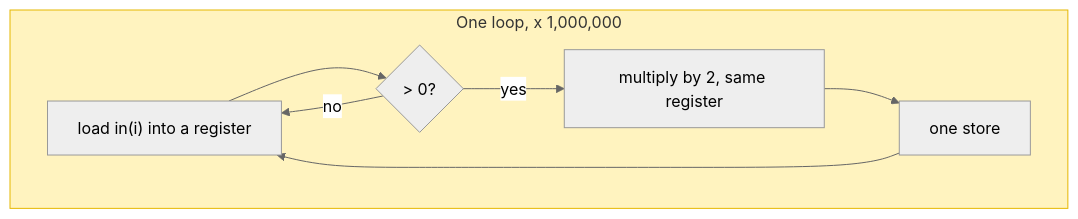
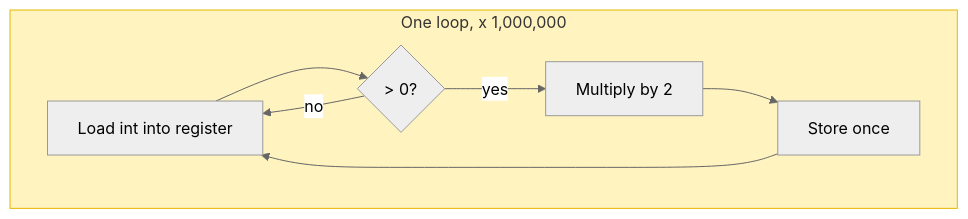
Before and after one commit to ewoodbury/ewoodbury.com: the third of 4 diagrams in content/posts/2026-10-03_sparklet_fusion/index.md, drawn with Mermaid (neutral theme). The commit also changed other lines of this file, not shown here.

Commit message:
Shorten the vectorized post diagram labels.

````diff
--- a/content/posts/2026-10-03_sparklet_fusion/index.md
+++ b/content/posts/2026-10-03_sparklet_fusion/index.md
@@ -167,11 +167,11 @@
 ```mermaid
 flowchart TD
   subgraph kern["One loop, x 1,000,000"]
-    a["load in(i) into a register"] --> b{"> 0?"}
+    a["Load int into register"] --> b{"> 0?"}
     b -->|no| a
-    b -->|yes| c["multiply by 2, same register"]
-    c --> d["one store"]
+    b -->|yes| c["Multiply by 2"]
+    c --> d["Store once"]
     d --> a
   end
   style kern fill:#fff3bf,stroke:#e6b800
 ```
````
